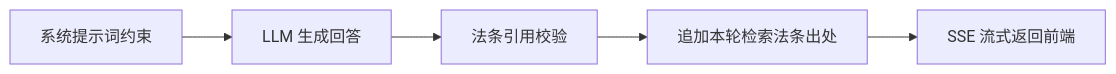
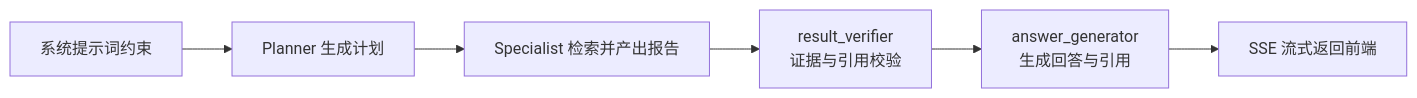
Before and after one commit to uuo00n/lexcore-legal-agent: the fifth of 6 diagrams in docs/report/project-report.md, drawn with Mermaid. The commit also changed other lines of this file and 28 other files, not shown here.

````diff
--- a/docs/report/project-report.md
+++ b/docs/report/project-report.md
@@ -630,7 +644,8 @@
 ```mermaid
 flowchart LR
-  Prompt["系统提示词约束"] --> LLM["LLM 生成回答"]
-  LLM --> Guard["法条引用校验"]
-  Guard --> Sources["追加本轮检索法条出处"]
-  Sources --> SSE["SSE 流式返回前端"]
+  Prompt["系统提示词约束"] --> Plan["Planner 生成计划"]
+  Plan --> Spec["Specialist 检索并产出报告"]
+  Spec --> Verify["result_verifier<br/>证据与引用校验"]
+  Verify --> Answer["answer_generator<br/>生成回答与引用"]
+  Answer --> SSE["SSE 流式返回前端"]
 ```
````
